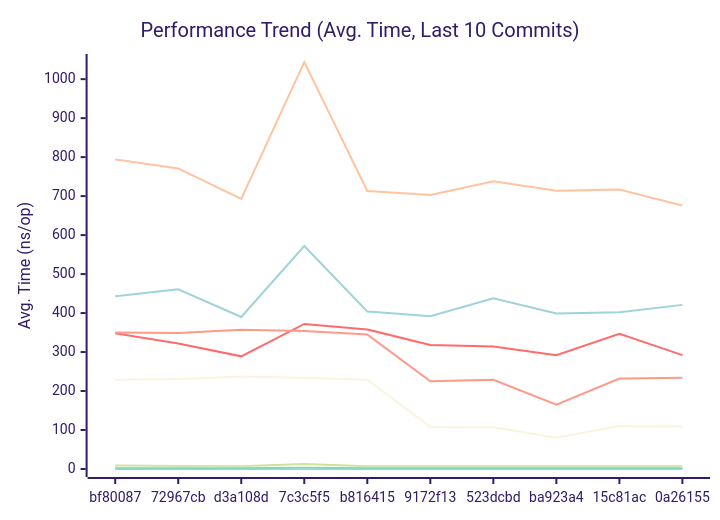
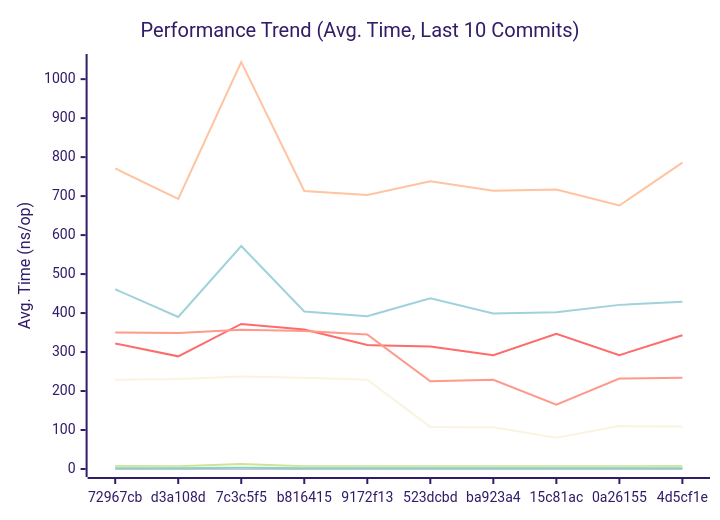
The first of 3 diagrams in docs/PERFORMANCE.md (alsotoes/momo), drawn with Mermaid (forest theme) before and after one commit. The commit also changed other lines of this file and 3 other files, not shown here.

````diff
--- a/docs/PERFORMANCE.md
+++ b/docs/PERFORMANCE.md
@@ -80,16 +81,16 @@
 ```mermaid
 xychart-beta
     title "Performance Trend (Avg. Time, Last 10 Commits)"
     x-axis "Commit"
     y-axis "Avg. Time (ns/op)"
-    x-axis [bf80087,72967cb,d3a108d,7c3c5f5,b816415,9172f13,523dcbd,ba923a4,15c81ac,0a26155]
-    line "CheckMetricsAndSwap" [9,8,7,13,7,7,7,7,7,7]
-    line "CrushOptimized" [348,322,289,372,358,318,314,292,347,292]
-    line "CrushOriginal" [443,461,390,572,404,392,438,399,402,421]
+    x-axis [72967cb,d3a108d,7c3c5f5,b816415,9172f13,523dcbd,ba923a4,15c81ac,0a26155,4d5cf1e]
+    line "CheckMetricsAndSwap" [8,7,13,7,7,7,7,7,7,8]
+    line "CrushOptimized" [322,289,372,358,318,314,292,347,292,343]
+    line "CrushOriginal" [461,390,572,404,392,438,399,402,421,429]
     line "IndexDirectTracking" [0,0,0,0,0,0,0,0,0,0]
     line "IndexSearch" [3,3,3,3,3,3,3,3,3,3]
-    line "LoadGlobalConfig" [794,771,693,1044,713,703,738,714,717,676]
-    line "PadString" [2,2,2,3,2,2,2,2,2,2]
+    line "LoadGlobalConfig" [771,693,1044,713,703,738,714,717,676,786]
+    line "PadString" [2,2,3,2,2,2,2,2,2,2]
     line "ParseReplicationOrder_NoPrealloc" [350,349,357,354,345,225,229,165,232,234]
     line "ParseReplicationOrder_Prealloc" [229,231,237,234,229,108,107,80,110,109]
 ```
````
